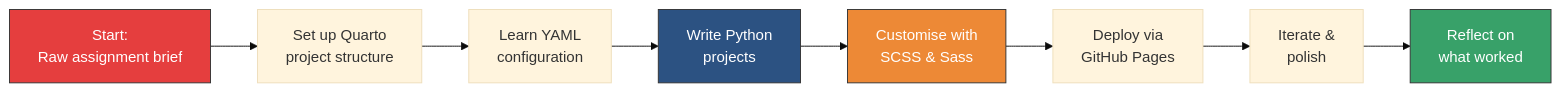
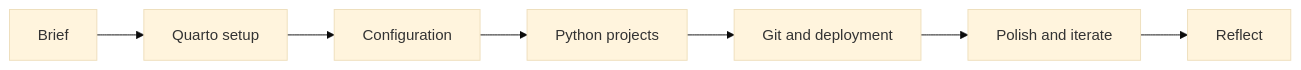
One commit to cordova-lilian/eportfolio changed the diagram in reflection.qmd. Above: the diagram before and after it, drawn with Mermaid (base theme). The commit also changed other lines of this file and 5 other files, not shown here.

Commit message:
Refine Reflection: fix grammar and improve flow

````diff
--- a/reflection.qmd
+++ b/reflection.qmd
@@ -17,15 +19,9 @@
 ```{mermaid}
 flowchart LR
-    A[Start:<br/>Raw assignment brief] --> B[Set up Quarto<br/>project structure]
-    B --> C[Learn YAML<br/>configuration]
-    C --> D[Write Python<br/>projects]
-    D --> E[Customise with<br/>SCSS & Sass]
-    E --> F[Deploy via<br/>GitHub Pages]
-    F --> G[Iterate &<br/>polish]
-    G --> H[Reflect on<br/>what worked]
-
-    style A fill:#e53e3e,stroke:#333,color:#fff
-    style H fill:#38a169,stroke:#333,color:#fff
-    style D fill:#2c5282,stroke:#333,color:#fff
-    style E fill:#ed8936,stroke:#333,color:#fff
+    A[Brief] --> B[Quarto setup]
+    B --> C[Configuration]
+    C --> D[Python projects]
+    D --> E[Git and deployment]
+    E --> F[Polish and iterate]
+    F --> G[Reflect]
 ```
````
